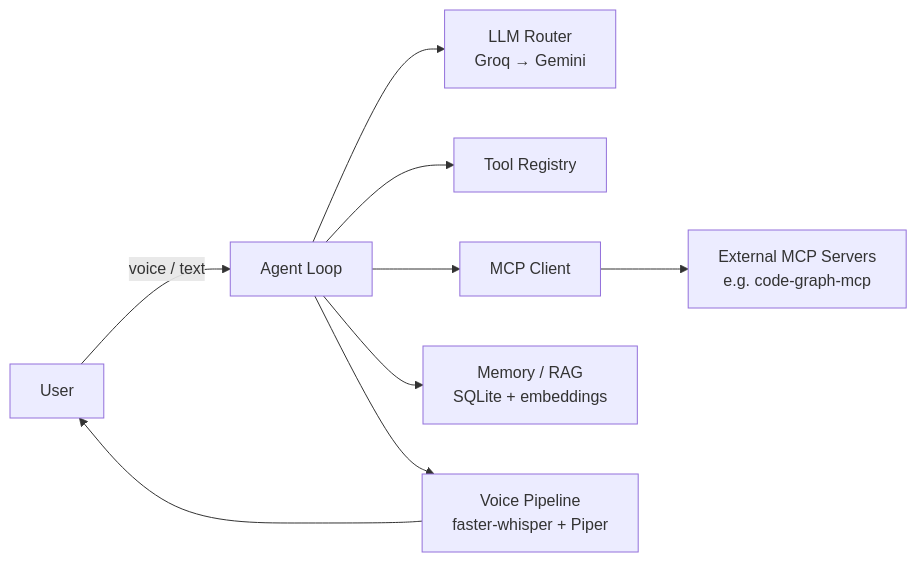
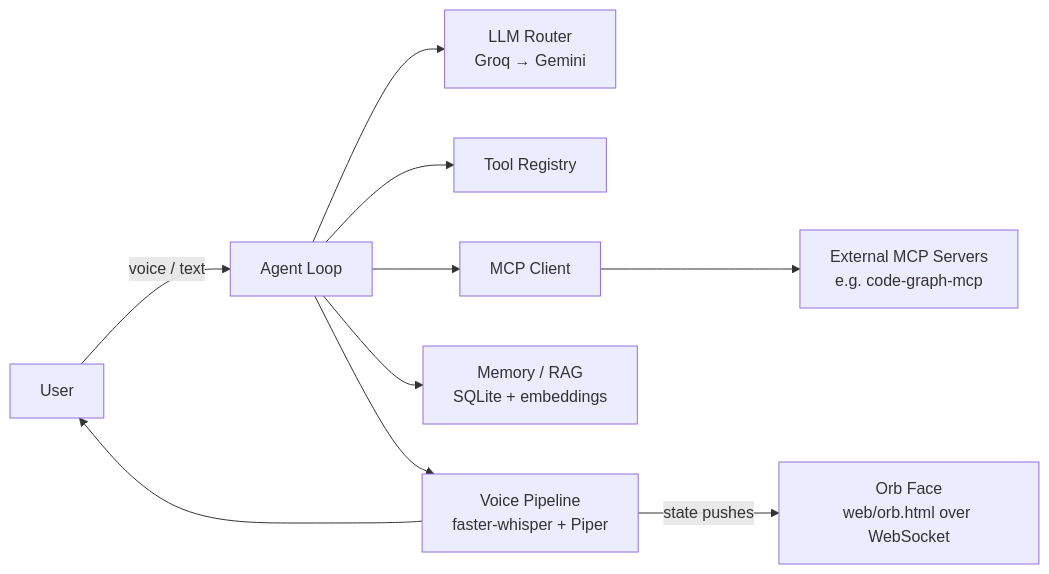
One commit to dorkian/Sorena changed the diagram in README.md. Above: the diagram before and after it, drawn with Mermaid. The commit also changed other lines of this file and 9 other files, not shown here.

First line of the commit message:
Add orb face: WebSocket-driven visual state for the voice pipeline

````diff
--- a/README.md
+++ b/README.md
@@ -12,11 +12,12 @@
 ```mermaid
 flowchart LR
     User -->|voice / text| Agent[Agent Loop]
     Agent --> Router[LLM Router\nGroq → Gemini]
     Agent --> Tools[Tool Registry]
     Agent --> MCP[MCP Client]
     Agent --> Memory[Memory / RAG\nSQLite + embeddings]
     MCP --> Servers[External MCP Servers\ne.g. code-graph-mcp]
     Agent --> Voice[Voice Pipeline\nfaster-whisper + Piper]
     Voice --> User
+    Voice -->|state pushes| Face[Orb Face\nweb/orb.html over WebSocket]
 ```
````
